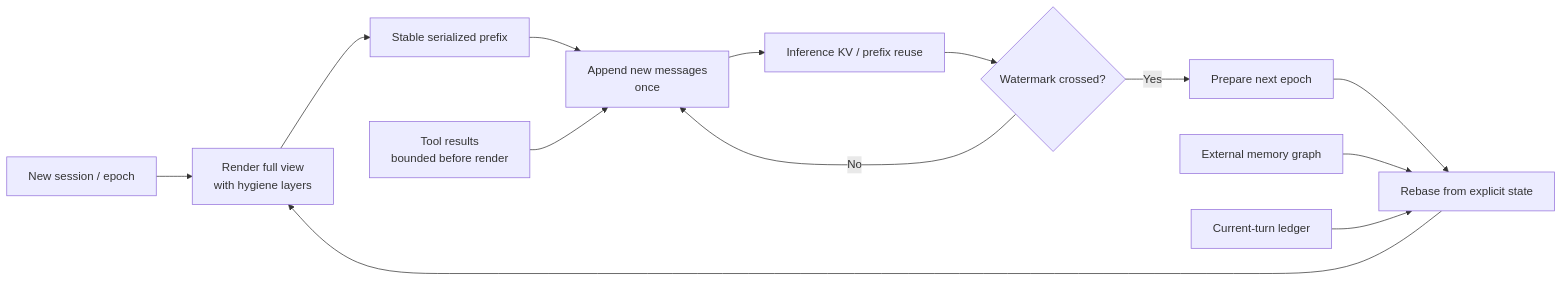
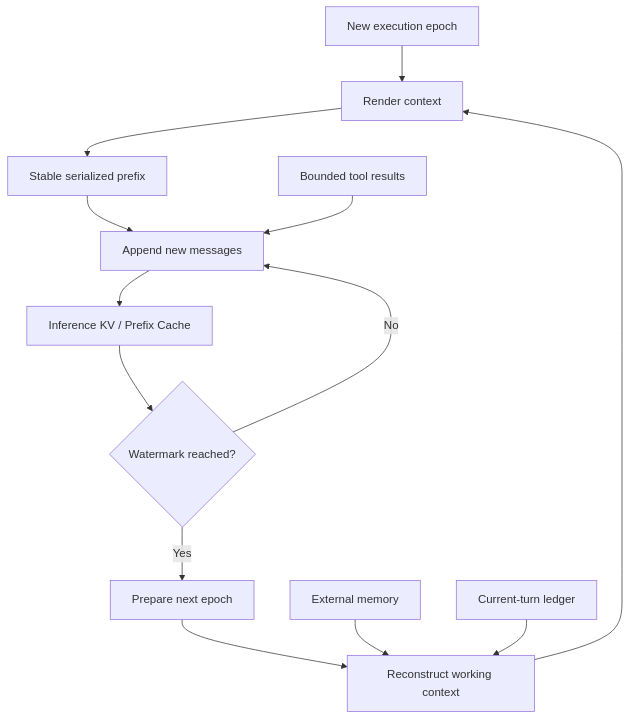
The third of 6 diagrams in README.md (itsXactlY/ariadne), drawn with Mermaid before and after one commit. The commit also changed other lines of this file and 1 other file, not shown here.

````diff
--- a/README.md
+++ b/README.md
@@ -136,16 +181,20 @@
 ```mermaid
-flowchart LR
-    START["New session / epoch"] --> RENDER["Render full view\nwith hygiene layers"]
+flowchart TD
+    START["New execution epoch"] --> RENDER["Render context"]
     RENDER --> PREFIX["Stable serialized prefix"]
-    PREFIX --> APPEND["Append new messages\nonce"]
-    APPEND --> CACHE["Inference KV / prefix reuse"]
-    CACHE --> CHECK{"Watermark crossed?"}
-    CHECK -- "No" --> APPEND
-    CHECK -- "Yes" --> PREWARM["Prepare next epoch"]
-    PREWARM --> REBASE["Rebase from explicit state"]
+
+    PREFIX --> APPEND["Append new messages"]
+    APPEND --> KV["Inference KV / Prefix Cache"]
+
+    KV --> CHECK{"Watermark reached?"}
+
+    CHECK -->|No| APPEND
+    CHECK -->|Yes| PREPARE["Prepare next epoch"]
+
+    PREPARE --> REBASE["Reconstruct working context"]
     REBASE --> RENDER
 
-    MEM["External memory graph"] --> REBASE
-    TOOL["Tool results\nbounded before render"] --> APPEND
-    STATE["Current-turn ledger"] --> REBASE
+    MEMORY["External memory"] --> REBASE
+    LEDGER["Current-turn ledger"] --> REBASE
+    TOOLS["Bounded tool results"] --> APPEND
 ```
````
